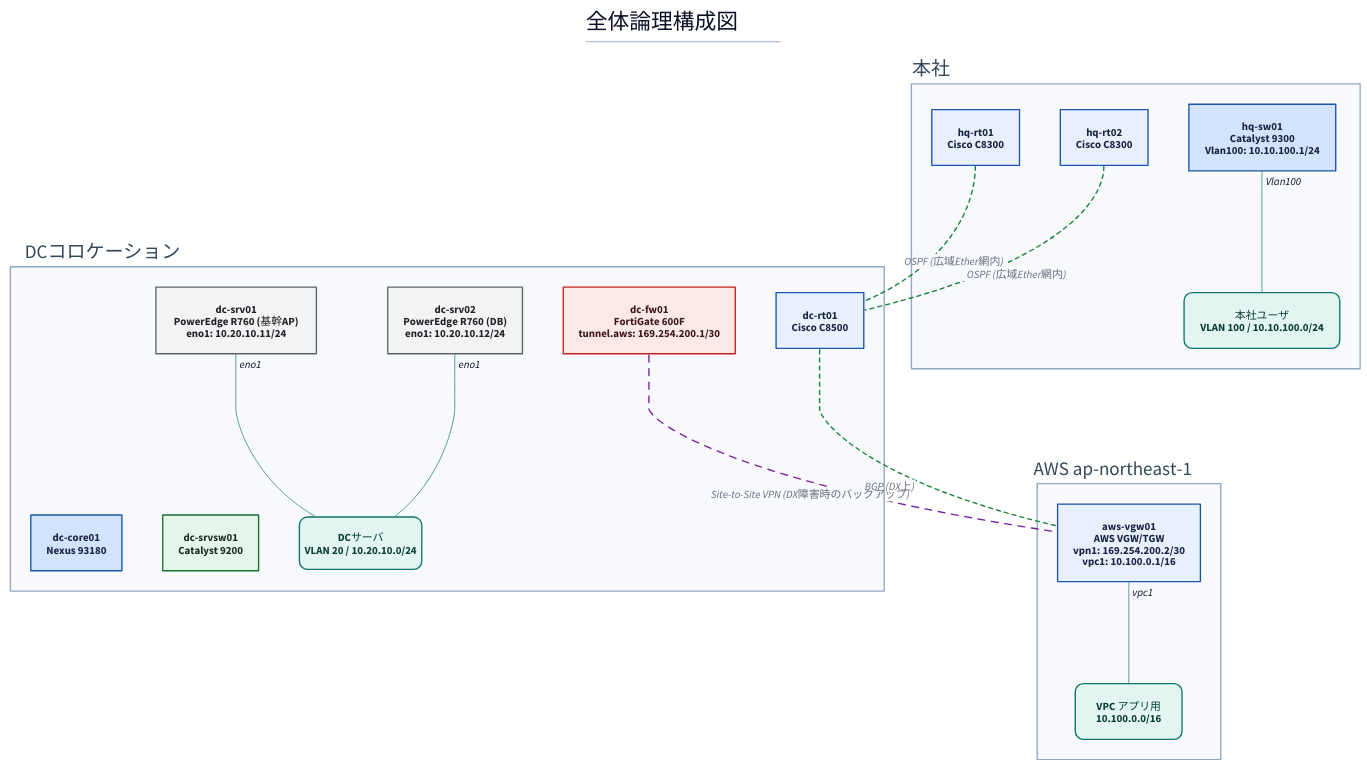
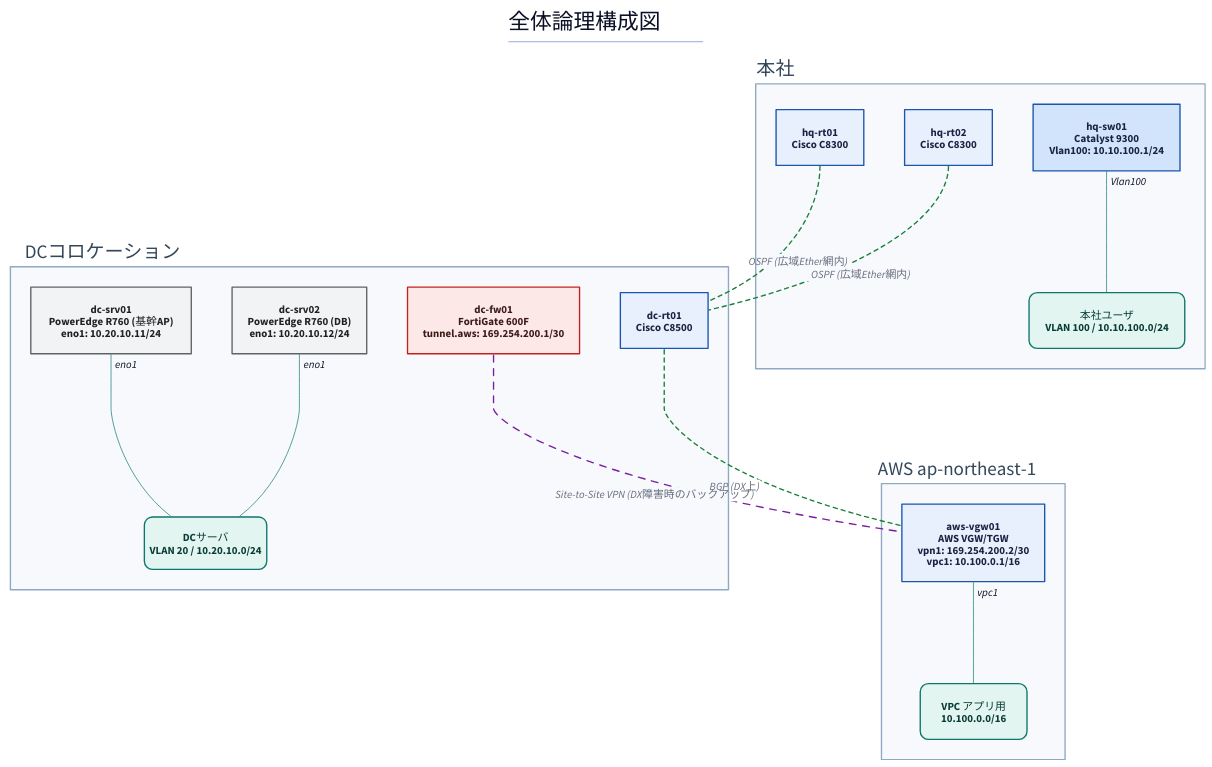
One commit to thinas1115/nwdsl changed the diagram in examples/hq-dc-cloud/generated/logical-all.d2. Above: the diagram before and after it, drawn with D2. The commit also changed 38 other files, not shown here.

First line of the commit message:
全サンプルに論理構成図を追加 + 純L3ビューの自動判定と表示品質を改善

```diff
--- a/examples/hq-dc-cloud/generated/logical-all.d2
+++ b/examples/hq-dc-cloud/generated/logical-all.d2
@@ -1,60 +1,58 @@
 title: |md
   # 全体論理構成図
 | {near: top-center}
 direction: down
 
 classes: {
   role-router: {style.fill: "#e8f0fe"; style.stroke: "#1a56b0"; style.font-color: "#1a2340"}
   role-l3switch: {style.fill: "#d2e3fc"; style.stroke: "#1a56b0"; style.font-color: "#1a2340"}
   role-l2switch: {style.fill: "#e6f4ea"; style.stroke: "#137333"; style.font-color: "#1a2e1f"}
   role-firewall: {style.fill: "#fce8e6"; style.stroke: "#c5221f"; style.font-color: "#3c1a19"}
   role-other: {style.fill: "#f1f3f4"; style.stroke: "#5f6368"; style.font-color: "#202124"}
   node-cloud: {shape: cloud; style.fill: "#f1f3f4"; style.stroke: "#5f6368"}
   node-site: {style.fill: "#fff8e1"; style.stroke: "#b58105"; style.font-color: "#4a3a08"}
   node-segment: {style.fill: "#e2f5f0"; style.stroke: "#0f766e"; style.font-color: "#0b3d38"; style.border-radius: 12}
   node-external: {style.fill: "#ffffff"; style.stroke: "#9aa0a6"; style.stroke-dash: 3}
   group-site: {style.fill: "#f7f9fc"; style.stroke: "#8fa8c4"; style.font-color: "#33475b"}
   edge-label: {style.fill: "transparent"; style.stroke: "transparent"; style.font-size: 14; style.font-color: "#5f6368"; style.italic: true}
   edge-lan-cable: {style.stroke: "#4a4a4a"; style.stroke-width: 2}
   edge-wan-circuit: {style.stroke: "#1a73e8"; style.stroke-width: 4}
   edge-tunnel: {style.stroke: "#7b1fa2"; style.stroke-width: 2; style.stroke-dash: 5}
   edge-logical: {style.stroke: "#188038"; style.stroke-width: 2; style.stroke-dash: 3}
   edge-segment: {style.stroke: "#0f766e"; style.stroke-width: 1}
 }
 
 s_dc: "DCコロケーション" {
   class: group-site
   label.near: outside-top-left
   n_dc_fw01: "dc-fw01\nFortiGate 600F\ntunnel.aws: 169.254.200.1/30" {class: role-firewall}
   n_dc_rt01: "dc-rt01\nCisco C8500" {class: role-router}
-  n_dc_core01: "dc-core01\nNexus 93180" {class: role-l3switch}
-  n_dc_srvsw01: "dc-srvsw01\nCatalyst 9200" {class: role-l2switch}
   n_dc_srv01: "dc-srv01\nPowerEdge R760 (基幹AP)\neno1: 10.20.10.11/24" {class: role-other}
   n_dc_srv02: "dc-srv02\nPowerEdge R760 (DB)\neno1: 10.20.10.12/24" {class: role-other}
   n_seg__dc_servers: "DCサーバ\nVLAN 20 / 10.20.10.0/24" {class: node-segment; width: 180}
 }
 
 s_aws: "AWS ap-northeast-1" {
   class: group-site
   label.near: outside-top-left
   n_aws_vgw01: "aws-vgw01\nAWS VGW/TGW\nvpn1: 169.254.200.2/30\nvpc1: 10.100.0.1/16" {class: role-router}
   n_seg__aws_vpc_app: "VPC アプリ用\n10.100.0.0/16" {class: node-segment}
 }
 
 s_hq: "本社" {
   class: group-site
   label.near: outside-top-left
   n_hq_rt01: "hq-rt01\nCisco C8300" {class: role-router}
   n_hq_rt02: "hq-rt02\nCisco C8300" {class: role-router}
   n_hq_sw01: "hq-sw01\nCatalyst 9300\nVlan100: 10.10.100.1/24" {class: role-l3switch}
   n_seg__hq_users: "本社ユーザ\nVLAN 100 / 10.10.100.0/24" {class: node-segment}
 }
 
 s_dc.n_dc_fw01 -- s_aws.n_aws_vgw01: "Site-to-Site VPN (DX障害時のバックアップ)" {class: edge-tunnel}
 s_hq.n_hq_rt01 -- s_dc.n_dc_rt01: "OSPF (広域Ether網内)" {class: edge-logical}
 s_hq.n_hq_rt02 -- s_dc.n_dc_rt01: "OSPF (広域Ether網内)" {class: edge-logical}
 s_dc.n_dc_rt01 -- s_aws.n_aws_vgw01: "BGP (DX上)" {class: edge-logical}
 s_hq.n_hq_sw01 -- s_hq.n_seg__hq_users {class: edge-segment; source-arrowhead.label: "Vlan100"}
 s_dc.n_dc_srv01 -- s_dc.n_seg__dc_servers {class: edge-segment; source-arrowhead.label: "eno1"}
 s_dc.n_dc_srv02 -- s_dc.n_seg__dc_servers {class: edge-segment; source-arrowhead.label: "eno1"}
 s_aws.n_aws_vgw01 -- s_aws.n_seg__aws_vpc_app {class: edge-segment; source-arrowhead.label: "vpc1"}
```
